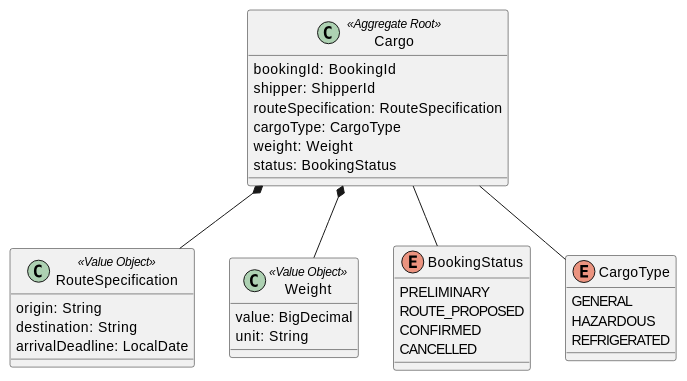
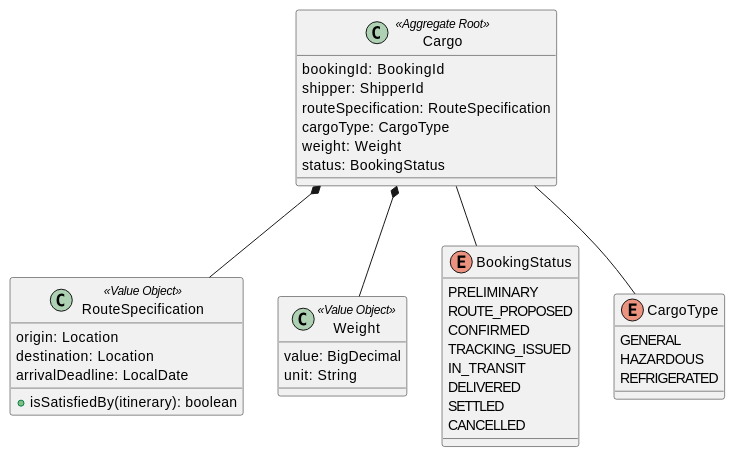
Before and after one commit to k2works/case-study-cargo-tracker: the third of 8 diagrams in docs/development/iteration_plan-2.md, drawn with PlantUML. The commit also changed other lines of this file, not shown here.

````diff
--- a/docs/development/iteration_plan-2.md
+++ b/docs/development/iteration_plan-2.md
@@ -210,41 +215,48 @@
 ```plantuml
 @startuml
 class Cargo <<Aggregate Root>> {
     bookingId: BookingId
     shipper: ShipperId
     routeSpecification: RouteSpecification
     cargoType: CargoType
     weight: Weight
     status: BookingStatus
 }
 
 class RouteSpecification <<Value Object>> {
-    origin: String
-    destination: String
+    origin: Location
+    destination: Location
     arrivalDeadline: LocalDate
+    +isSatisfiedBy(itinerary): boolean
 }
 
 class Weight <<Value Object>> {
     value: BigDecimal
     unit: String
 }
 
+' IT2 では PRELIMINARY / ROUTE_PROPOSED を使用
+' 全状態値を定義して将来フェーズに備える
 enum BookingStatus {
     PRELIMINARY
     ROUTE_PROPOSED
     CONFIRMED
+    TRACKING_ISSUED
+    IN_TRANSIT
+    DELIVERED
+    SETTLED
     CANCELLED
 }
 
 enum CargoType {
     GENERAL
     HAZARDOUS
     REFRIGERATED
 }
 
 Cargo *-- RouteSpecification
 Cargo *-- Weight
 Cargo -- BookingStatus
 Cargo -- CargoType
 @enduml
 ```
````
